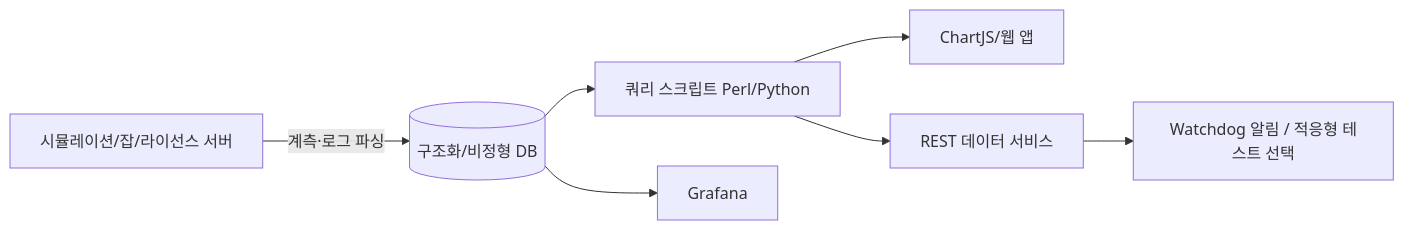
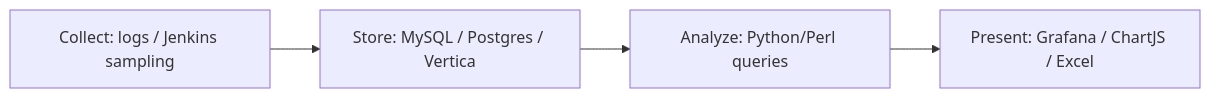
The diagram in docs/papers/ref-20261018-7a2b-big-data-in-verification-making-your-engineers-smarter.md (nemo99007/yt-paper), drawn with Mermaid before and after one commit. The commit also changed other lines of this file and 172 other files, not shown here.

````diff
--- a/docs/papers/ref-20261018-7a2b-big-data-in-verification-making-your-engineers-smarter.md
+++ b/docs/papers/ref-20261018-7a2b-big-data-in-verification-making-your-engineers-smarter.md
@@ -260,9 +225,6 @@
 ```mermaid
 flowchart LR
-    A[시뮬레이션/잡/라이선스 서버] -->|계측·로그 파싱| B[(구조화/비정형 DB)]
-    B --> C[쿼리 스크립트 Perl/Python]
-    B --> D[Grafana]
-    C --> E[ChartJS/웹 앱]
-    C --> F[REST 데이터 서비스]
-    F --> G[Watchdog 알림 / 적응형 테스트 선택]
+  A[Collect: logs / Jenkins sampling] --> B[Store: MySQL / Postgres / Vertica]
+  B --> C[Analyze: Python/Perl queries]
+  C --> D[Present: Grafana / ChartJS / Excel]
 ```
````
